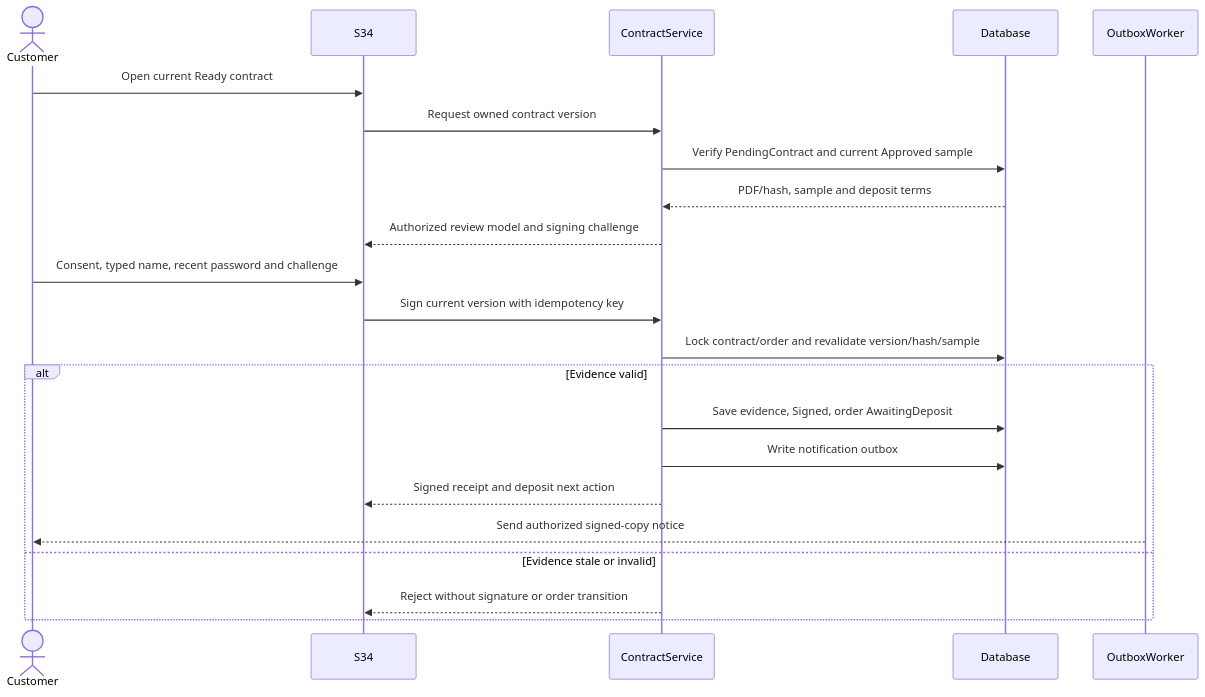
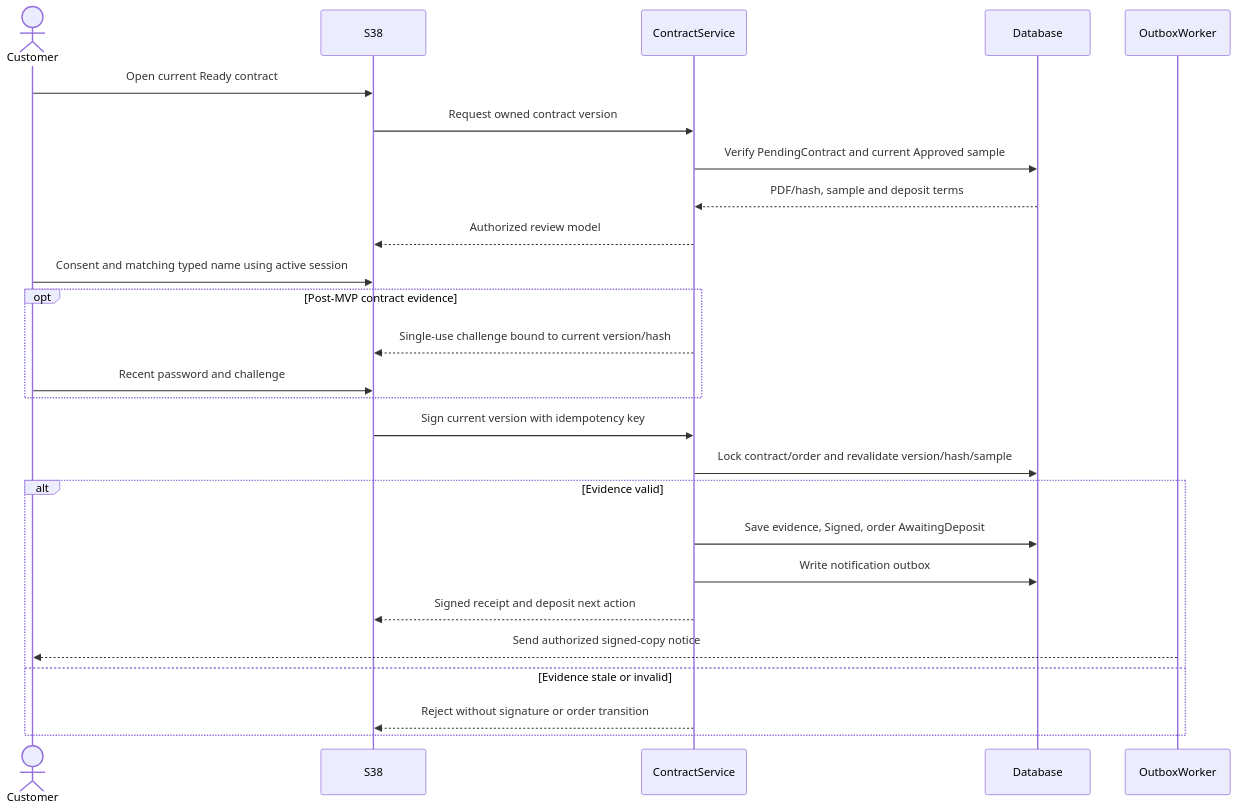
The tenth of 18 diagrams in docs/spec/docs/architecture/sequence.md (ankhanhwork/weavelink-project), drawn with Mermaid before and after one commit. The commit also changed other lines of this file and 235 other files, not shown here.

````diff
--- a/docs/spec/docs/architecture/sequence.md
+++ b/docs/spec/docs/architecture/sequence.md
@@ -247,25 +262,29 @@
 ```mermaid
 sequenceDiagram
     actor Customer
-    participant ContractUI as S34
+    participant ContractUI as S38
     participant ContractService
     participant Database
     participant OutboxWorker
 
     Customer->>ContractUI: Open current Ready contract
     ContractUI->>ContractService: Request owned contract version
     ContractService->>Database: Verify PendingContract and current Approved sample
     Database-->>ContractService: PDF/hash, sample and deposit terms
-    ContractService-->>ContractUI: Authorized review model and signing challenge
-    Customer->>ContractUI: Consent, typed name, recent password and challenge
+    ContractService-->>ContractUI: Authorized review model
+    Customer->>ContractUI: Consent and matching typed name using active session
+    opt Post-MVP contract evidence
+        ContractService-->>ContractUI: Single-use challenge bound to current version/hash
+        Customer->>ContractUI: Recent password and challenge
+    end
     ContractUI->>ContractService: Sign current version with idempotency key
     ContractService->>Database: Lock contract/order and revalidate version/hash/sample
     alt Evidence valid
         ContractService->>Database: Save evidence, Signed, order AwaitingDeposit
         ContractService->>Database: Write notification outbox
         ContractService-->>ContractUI: Signed receipt and deposit next action
         OutboxWorker-->>Customer: Send authorized signed-copy notice
     else Evidence stale or invalid
         ContractService-->>ContractUI: Reject without signature or order transition
     end
 ```
````
